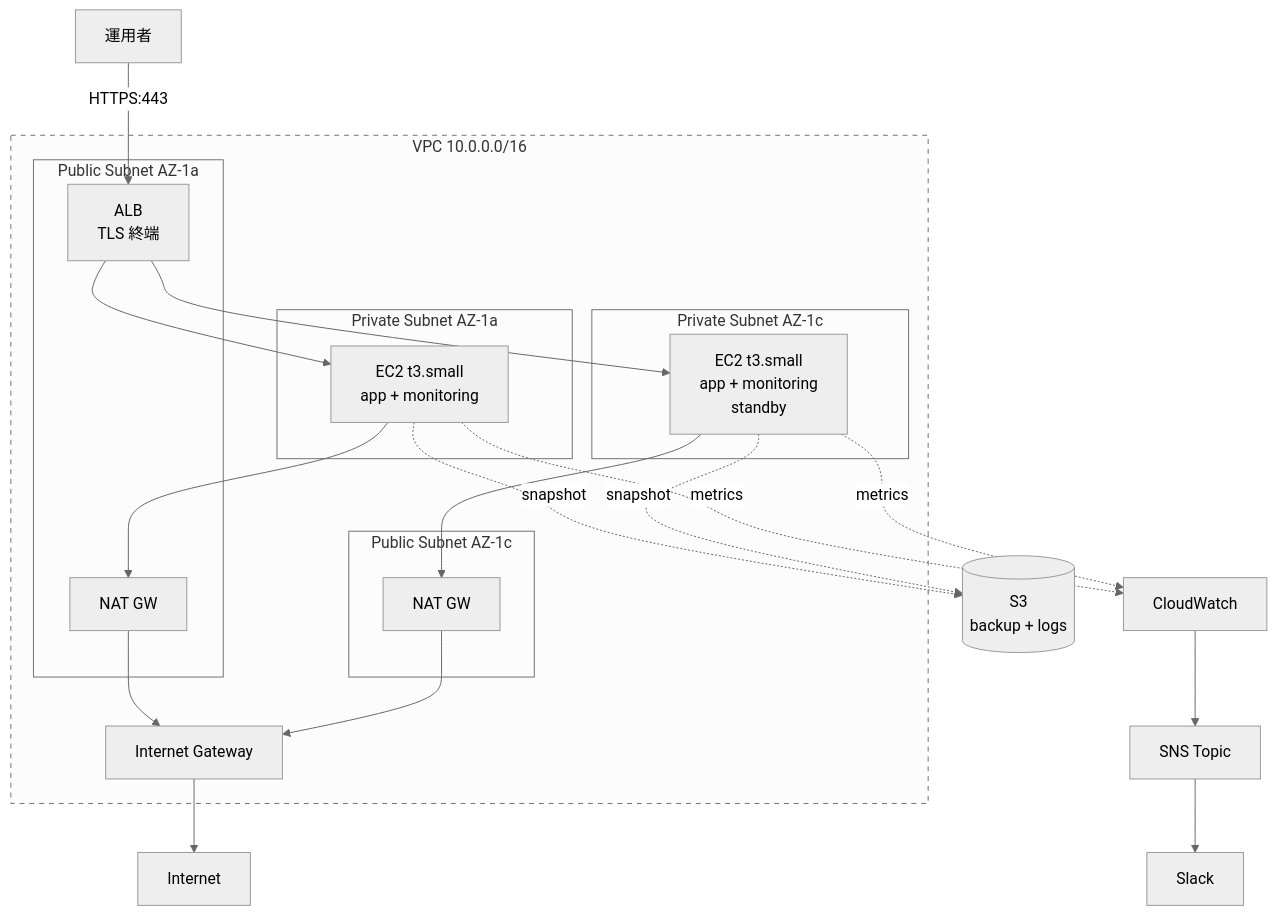
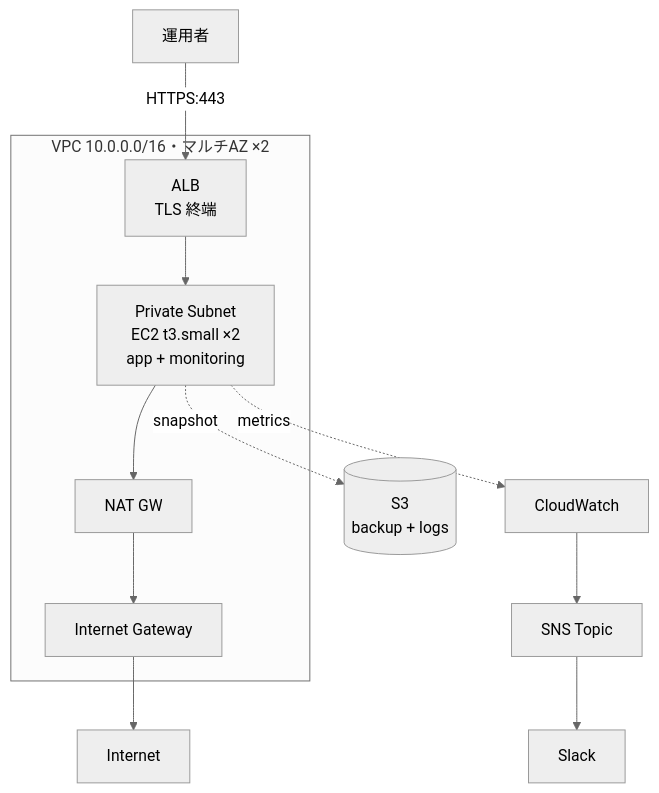
Before and after one commit to ns7jp/ns7jp: the first of 2 diagrams in docs/server-monitor-improvements/03-terraform-aws.md, drawn with Mermaid (neutral theme). The commit also changed other lines of this file, not shown here.

````diff
--- a/docs/server-monitor-improvements/03-terraform-aws.md
+++ b/docs/server-monitor-improvements/03-terraform-aws.md
@@ -35,38 +33,13 @@
 ```mermaid
 flowchart TB
     User[運用者] -->|HTTPS:443| ALB[ALB<br/>TLS 終端]
 
-    subgraph VPC[VPC 10.0.0.0/16]
-        subgraph PublicA[Public Subnet AZ-1a]
-            ALB
-            NAT_A[NAT GW]
-        end
-        subgraph PublicB[Public Subnet AZ-1c]
-            NAT_B[NAT GW]
-        end
-
-        subgraph PrivateA[Private Subnet AZ-1a]
-            EC2_A[EC2 t3.small<br/>app + monitoring]
-        end
-        subgraph PrivateB[Private Subnet AZ-1c]
-            EC2_B[EC2 t3.small<br/>app + monitoring<br/>standby]
-        end
-
-        ALB --> EC2_A
-        ALB --> EC2_B
-        EC2_A --> NAT_A --> IGW
-        EC2_B --> NAT_B --> IGW
+    subgraph VPC[VPC 10.0.0.0/16・マルチAZ ×2]
+        ALB --> EC2[Private Subnet<br/>EC2 t3.small ×2<br/>app + monitoring]
+        EC2 --> NAT[NAT GW] --> IGW[Internet Gateway]
     end
 
-    IGW[Internet Gateway] --> Internet
-
-    EC2_A -.snapshot.-> S3[(S3<br/>backup + logs)]
-    EC2_B -.snapshot.-> S3
-    EC2_A -.metrics.-> CW[CloudWatch]
-    EC2_B -.metrics.-> CW
-
-    CW --> SNS[SNS Topic]
-    SNS --> Slack[Slack]
-
-    style VPC stroke-dasharray: 5 5
+    IGW --> Internet
+    EC2 -.snapshot.-> S3[(S3<br/>backup + logs)]
+    EC2 -.metrics.-> CW[CloudWatch] --> SNS[SNS Topic] --> Slack[Slack]
 ```
````
